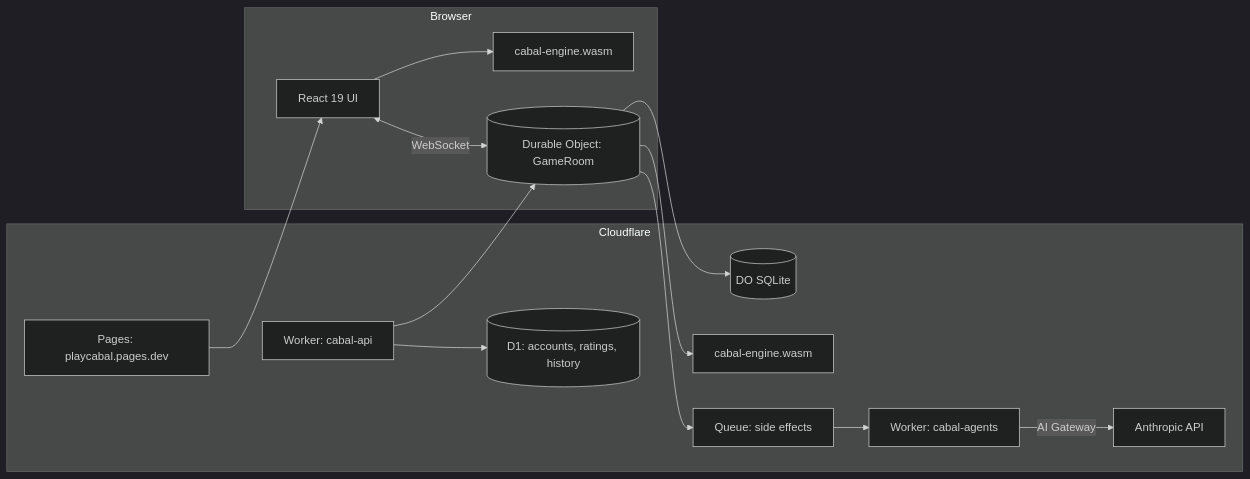
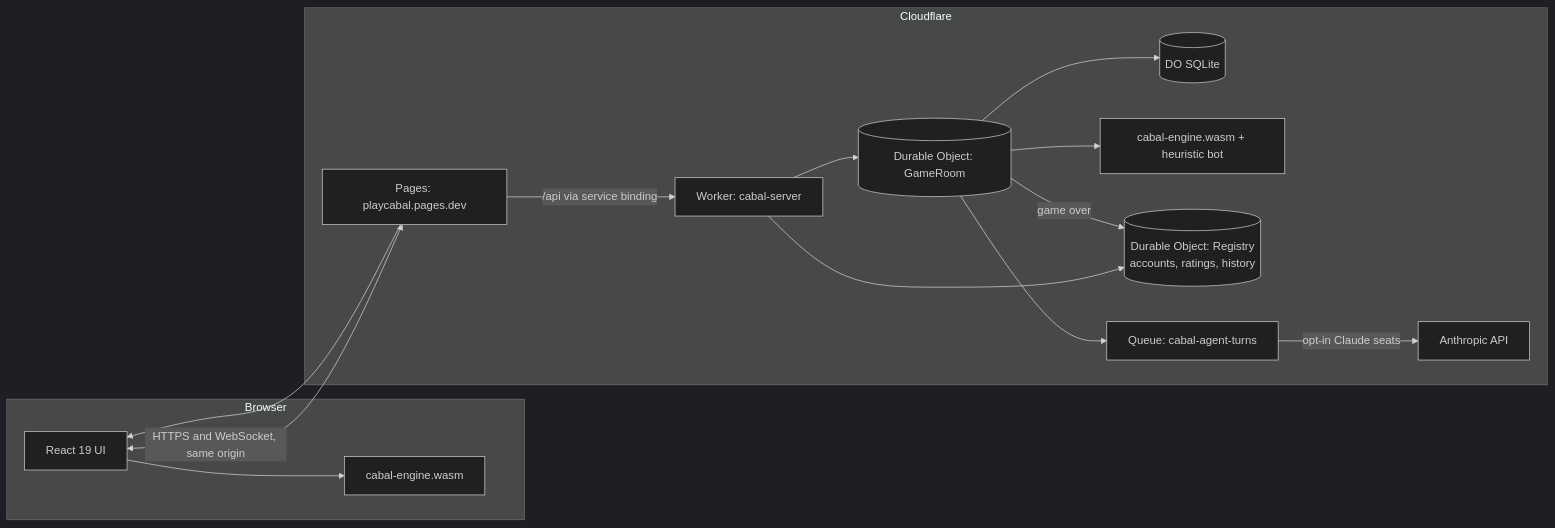
The diagram in docs/PLAN.md (KarthikSubramanian07/Cabal), drawn with Mermaid (dark theme) before and after one commit. The commit also changed other lines of this file, not shown here.

First line of the commit message:
docs(plan): align the plan with the deploy, Registry and rating decisions

````diff
--- a/docs/PLAN.md
+++ b/docs/PLAN.md
@@ -60,17 +60,18 @@
 ```mermaid
 flowchart LR
   subgraph Browser
     UI[React 19 UI] --> WASM[cabal-engine.wasm]
-    UI <-->|WebSocket| DO
   end
   subgraph Cloudflare
     Pages[Pages: playcabal.pages.dev] --> UI
-    API[Worker: cabal-api] --> DO[(Durable Object: GameRoom)]
+    Pages -->|/api via service binding| API[Worker: cabal-server]
+    API --> DO[(Durable Object: GameRoom)]
     DO --> SQL[(DO SQLite)]
-    DO --> WASM2[cabal-engine.wasm]
-    API --> D1[(D1: accounts, ratings, history)]
-    DO --> Q[Queue: side effects]
-    Q --> Agents[Worker: cabal-agents]
-    Agents -->|AI Gateway| Claude[Anthropic API]
+    DO --> WASM2[cabal-engine.wasm + heuristic bot]
+    API --> REG[(Durable Object: Registry\naccounts, ratings, history)]
+    DO -->|game over| REG
+    DO --> Q[Queue: cabal-agent-turns]
+    Q -->|opt-in Claude seats| Claude[Anthropic API]
   end
+  UI <-->|HTTPS and WebSocket, same origin| Pages
 ```
````
